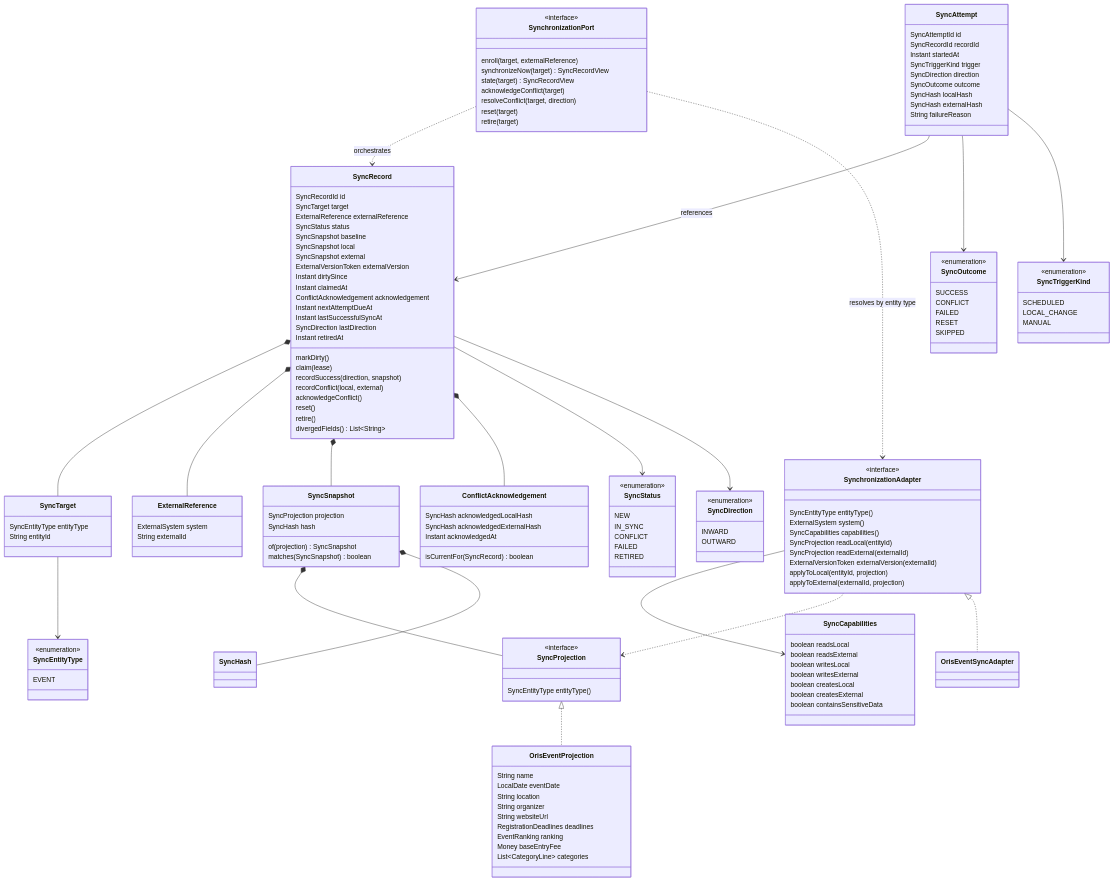
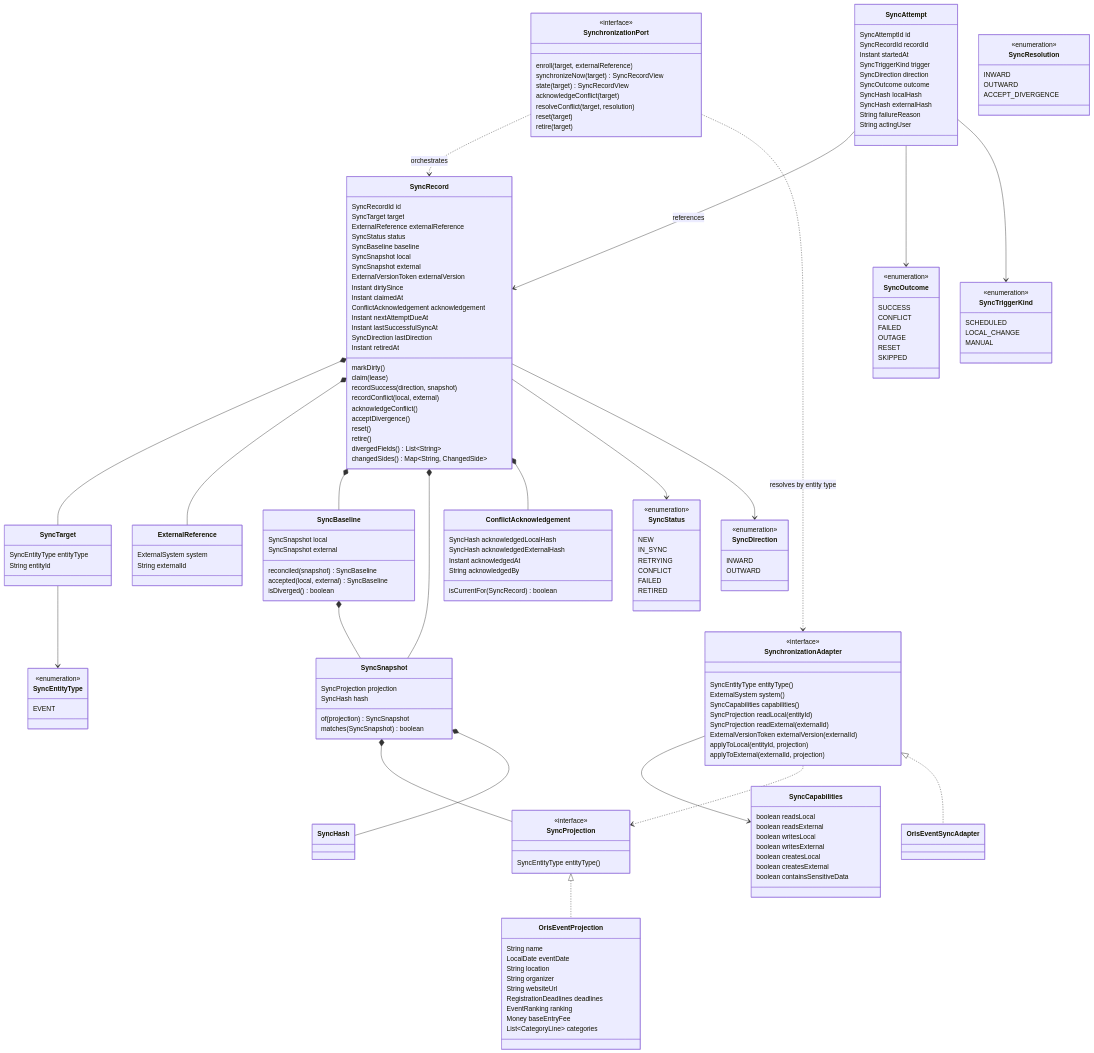
One commit to zabiny/klabis changed the first of 2 diagrams in openspec/changes/add-bidirectional-sync-engine/design.md. Above: the diagram before and after it, drawn with Mermaid. The commit also changed other lines of this file and 1 other file, not shown here.

First line of the commit message:
design(sync): Fable review: refine bidirectional synchronisation proposal with improved conflict handling, retry logic, and audit resilience

```diff
--- a/openspec/changes/add-bidirectional-sync-engine/design.md
+++ b/openspec/changes/add-bidirectional-sync-engine/design.md
@@ -214,7 +243,7 @@
         synchronizeNow(target) SyncRecordView
         state(target) SyncRecordView
         acknowledgeConflict(target)
-        resolveConflict(target, direction)
+        resolveConflict(target, resolution)
         reset(target)
         retire(target)
     }
@@ -224,7 +253,7 @@
         SyncTarget target
         ExternalReference externalReference
         SyncStatus status
-        SyncSnapshot baseline
+        SyncBaseline baseline
         SyncSnapshot local
         SyncSnapshot external
         ExternalVersionToken externalVersion
@@ -240,9 +269,19 @@
         recordSuccess(direction, snapshot)
         recordConflict(local, external)
         acknowledgeConflict()
+        acceptDivergence()
         reset()
         retire()
         divergedFields() List~String~
+        changedSides() Map~String, ChangedSide~
+    }
+
+    class SyncBaseline {
+        SyncSnapshot local
+        SyncSnapshot external
+        reconciled(snapshot) SyncBaseline
+        accepted(local, external) SyncBaseline
+        isDiverged() boolean
     }
 
     class SyncSnapshot {
@@ -279,6 +318,7 @@
         SyncHash localHash
         SyncHash externalHash
         String failureReason
+        String actingUser
     }
 
     class SyncTarget {
@@ -295,6 +335,7 @@
         SyncHash acknowledgedLocalHash
         SyncHash acknowledgedExternalHash
         Instant acknowledgedAt
+        String acknowledgedBy
         isCurrentFor(SyncRecord) boolean
     }
 
@@ -326,6 +367,7 @@
         <<enumeration>>
         NEW
         IN_SYNC
+        RETRYING
         CONFLICT
         FAILED
         RETIRED
@@ -337,11 +379,19 @@
         OUTWARD
     }
 
+    class SyncResolution {
+        <<enumeration>>
+        INWARD
+        OUTWARD
+        ACCEPT_DIVERGENCE
+    }
+
     class SyncOutcome {
         <<enumeration>>
         SUCCESS
         CONFLICT
         FAILED
+        OUTAGE
         RESET
         SKIPPED
     }
@@ -362,7 +412,9 @@
     SynchronizationPort ..> SynchronizationAdapter : resolves by entity type
     SyncRecord *-- SyncTarget
     SyncRecord *-- ExternalReference
+    SyncRecord *-- SyncBaseline
     SyncRecord *-- SyncSnapshot
+    SyncBaseline *-- SyncSnapshot
     SyncRecord *-- ConflictAcknowledgement
     SyncRecord --> SyncStatus
     SyncRecord --> SyncDirection
```
